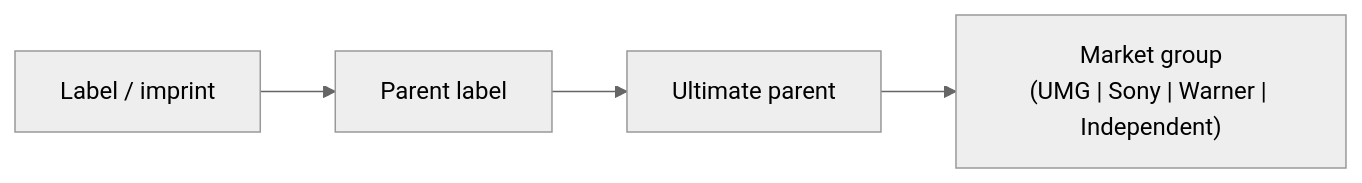
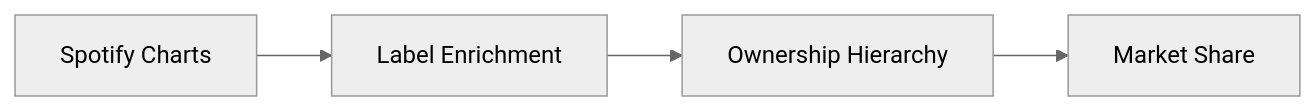
The first of 3 diagrams in README.md (gustavlan/music-market-share-warehouse), drawn with Mermaid (neutral theme) before and after one commit. The commit also changed other lines of this file, not shown here.

Commit message:
updated readme with market share for runs so far in december as well is updating pipeline based on most recent enhancements

````diff
--- a/README.md
+++ b/README.md
@@ -5,5 +5,4 @@
 ```mermaid
 flowchart LR
-    A["Label / imprint"] --> B["Parent label"] --> C["Ultimate parent"]
-    C --> G["Market group<br/>(UMG | Sony | Warner | Independent)"]
+    A["Spotify Charts"] --> B["Label Enrichment"] --> C["Ownership Hierarchy"] --> D["Market Share"]
 ```
````
